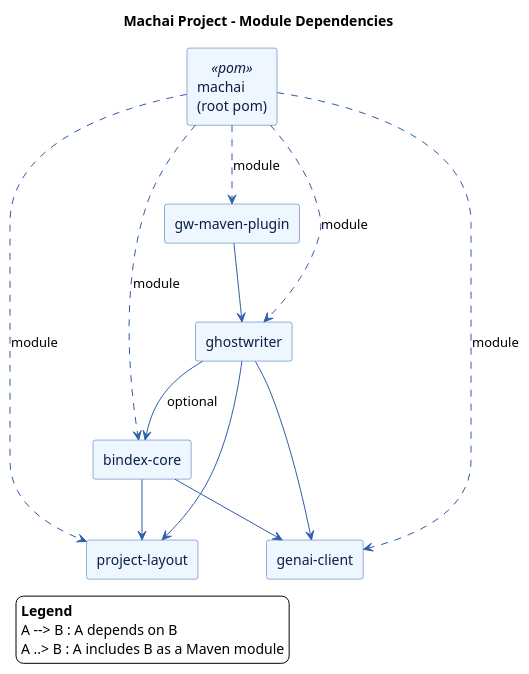
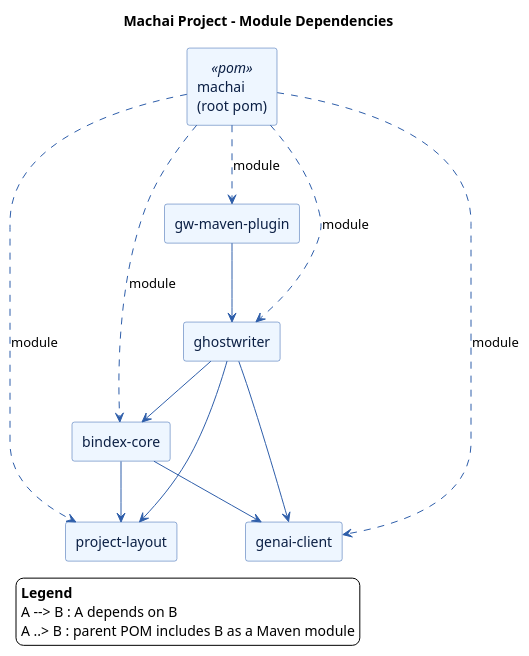
Before and after one commit to machanism-org/machai: the diagram in src/site/puml/project-structure.puml, drawn with PlantUML. The commit also changed 6 other files, not shown here.

```diff
--- a/src/site/puml/project-structure.puml
+++ b/src/site/puml/project-structure.puml
@@ -2,52 +2,52 @@
 @startuml
 
 title Machai Project - Module Dependencies
 
 skinparam backgroundColor transparent
 skinparam shadowing false
 skinparam componentStyle rectangle
 skinparam packageStyle rectangle
 skinparam defaultTextAlignment left
 
 skinparam component {
   BackgroundColor #EEF6FF
   BorderColor #2E5EAA
   FontColor #0B1F44
 }
 
 skinparam arrow {
   Color #2E5EAA
   Thickness 1
 }
 
 legend left
   <b>Legend</b>
   A --> B : A depends on B
-  A ..> B : A includes B as a Maven module
+  A ..> B : parent POM includes B as a Maven module
 endlegend
 
 component "machai\n(root pom)" as machai_root <<pom>>
 component "project-layout" as project_layout
 component "genai-client" as genai_client
 component "bindex-core" as bindex_core
 component "ghostwriter" as ghostwriter
 component "gw-maven-plugin" as gw_maven_plugin
 
 machai_root ..> project_layout : module
 machai_root ..> genai_client : module
 machai_root ..> bindex_core : module
 machai_root ..> ghostwriter : module
 machai_root ..> gw_maven_plugin : module
 
 ' Dependencies between modules (from module pom.xml)
 
 bindex_core --> project_layout
 bindex_core --> genai_client
 
 ghostwriter --> project_layout
 ghostwriter --> genai_client
-ghostwriter --> bindex_core : optional
+ghostwriter --> bindex_core
 
 gw_maven_plugin --> ghostwriter
 
 @enduml
```
